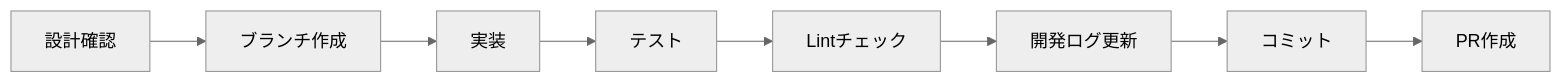
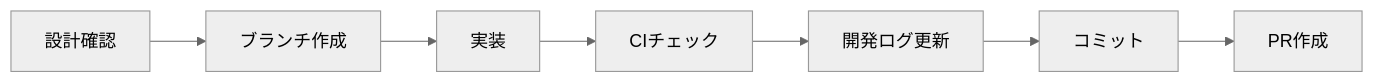
One commit to zuckeyM-17/inkmaid changed the diagram in .claude/README.md. Above: the diagram before and after it, drawn with Mermaid (neutral theme). The commit also changed other lines of this file and 1 other file, not shown here.

````diff
--- a/.claude/README.md
+++ b/.claude/README.md
@@ -376,10 +376,9 @@
 ```mermaid
 graph LR
     A[設計確認] --> B[ブランチ作成]
     B --> C[実装]
-    C --> D[テスト]
-    D --> E[Lintチェック]
-    E --> F[開発ログ更新]
-    F --> G[コミット]
-    G --> H[PR作成]
+    C --> D[CIチェック]
+    D --> E[開発ログ更新]
+    E --> F[コミット]
+    F --> G[PR作成]
 ```
````
